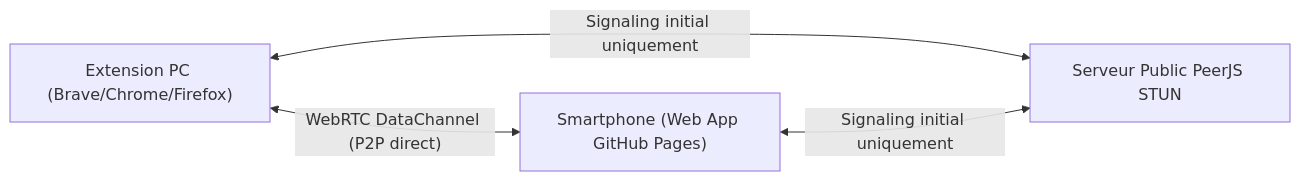
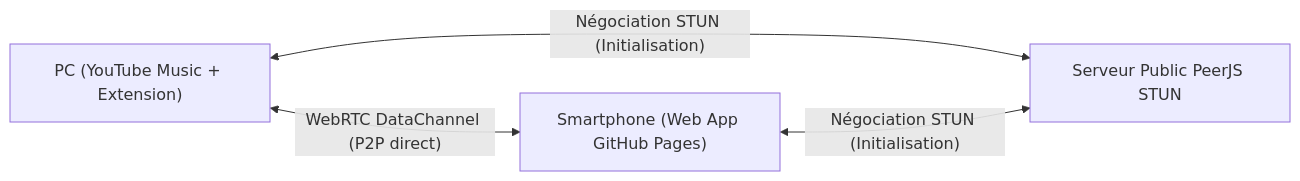
One commit to Nael-Basset/ytm-remote changed the diagram in README.md. Above: the diagram before and after it, drawn with Mermaid. The commit also changed other lines of this file and 32 other files, not shown here.

````diff
--- a/README.md
+++ b/README.md
@@ -33,6 +76,6 @@
 ```mermaid
 flowchart LR
-    A["Extension PC (Brave/Chrome/Firefox)"] <-->|"WebRTC DataChannel (P2P direct)"| B["Smartphone (Web App GitHub Pages)"]
-    A <-->|"Signaling initial uniquement"| C["Serveur Public PeerJS STUN"]
-    B <-->|"Signaling initial uniquement"| C
+    A["PC (YouTube Music + Extension)"] <-->|"WebRTC DataChannel (P2P direct)"| B["Smartphone (Web App GitHub Pages)"]
+    A <-->|"Négociation STUN (Initialisation)"| C["Serveur Public PeerJS STUN"]
+    B <-->|"Négociation STUN (Initialisation)"| C
 ```
````
